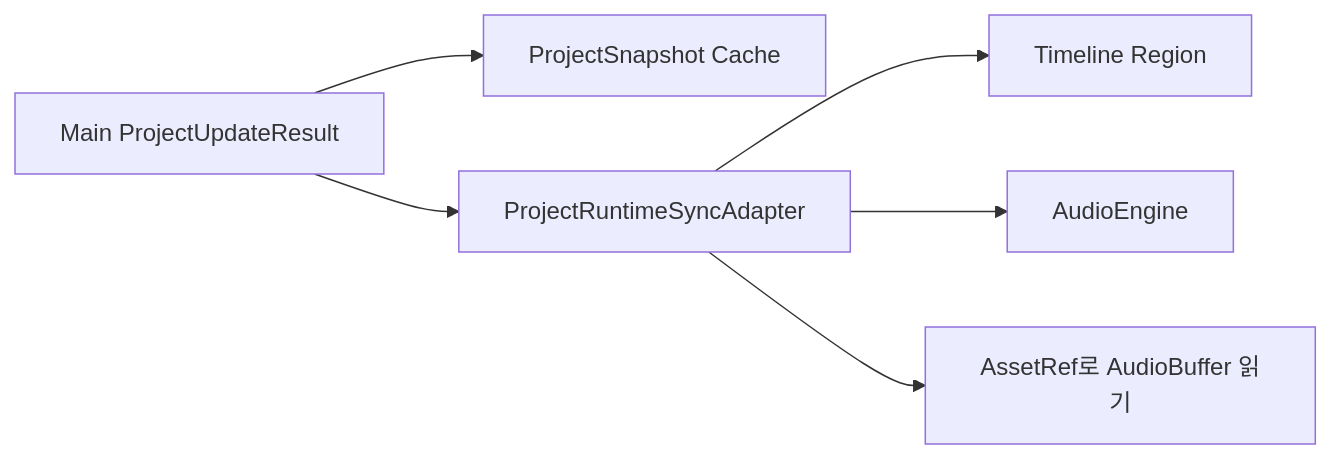
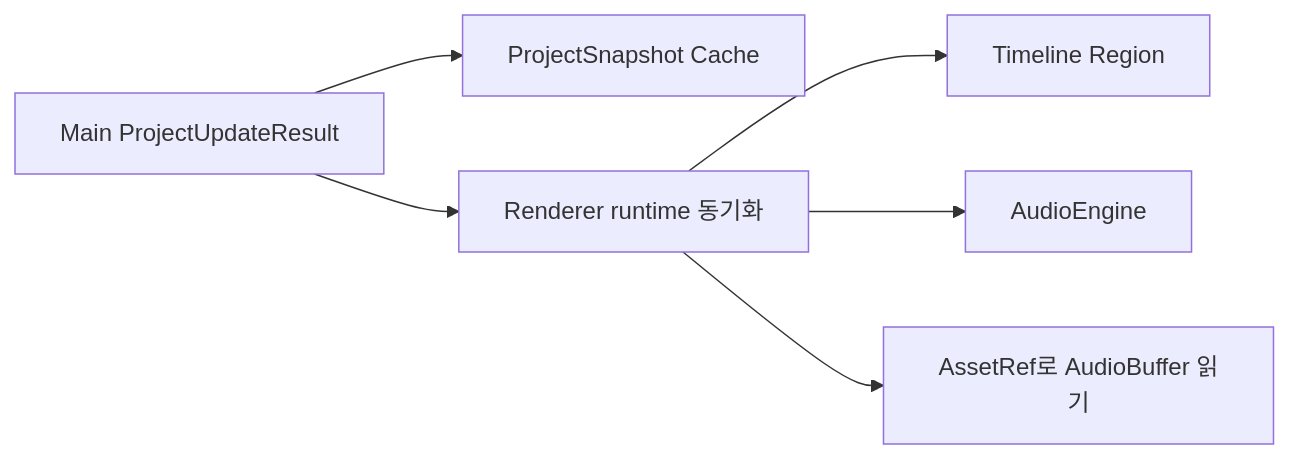
The second of 2 diagrams in content/posts/electron-main-process-undo-redo.md (whizzkid1452/blog), drawn with Mermaid before and after one commit. The commit also changed other lines of this file and 6 other files, not shown here.

````diff
--- a/content/posts/electron-main-process-undo-redo.md
+++ b/content/posts/electron-main-process-undo-redo.md
@@ -149,8 +137,8 @@
 ```mermaid
 flowchart LR
   Update["Main ProjectUpdateResult"] --> Cache["ProjectSnapshot Cache"]
-  Update --> Adapter["ProjectRuntimeSyncAdapter"]
+  Update --> Adapter["Renderer runtime 동기화"]
   Adapter --> Region["Timeline Region"]
   Adapter --> Audio["AudioEngine"]
   Adapter --> Buffer["AssetRef로 AudioBuffer 읽기"]
 ```
````
